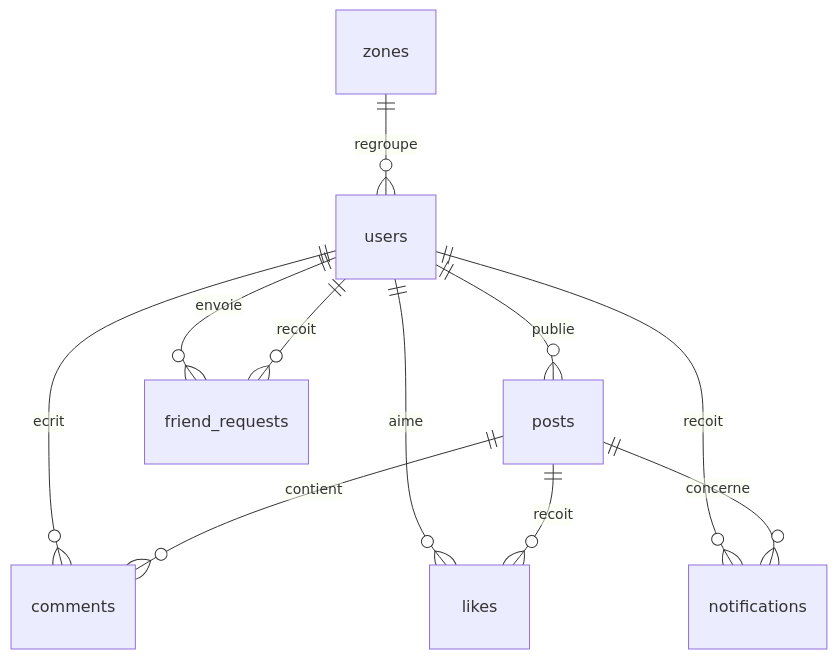
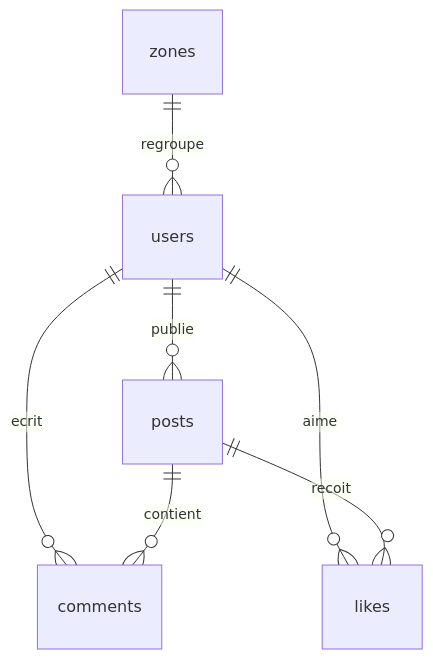
One commit to AbadieThomasPro/Gestion-de-projet changed the diagram in docs/DATABASE.md. Above: the diagram before and after it, drawn with Mermaid. The commit also changed other lines of this file and 28 other files, not shown here.

````diff
--- a/docs/DATABASE.md
+++ b/docs/DATABASE.md
@@ -23,13 +23,9 @@
 ```mermaid
 erDiagram
     zones ||--o{ users : regroupe
     users ||--o{ posts : publie
     users ||--o{ comments : ecrit
     posts ||--o{ comments : contient
     users ||--o{ likes : aime
     posts ||--o{ likes : recoit
-    users ||--o{ friend_requests : envoie
-    users ||--o{ friend_requests : recoit
-    users ||--o{ notifications : recoit
-    posts ||--o{ notifications : concerne
 ```
````
